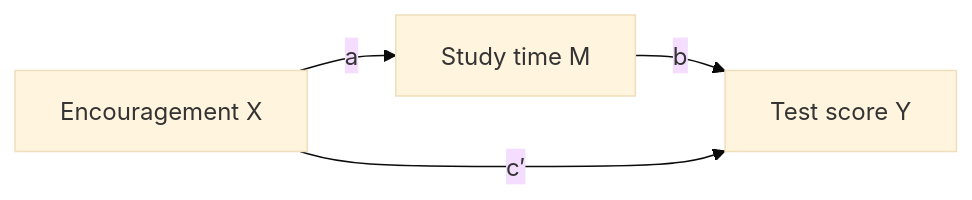
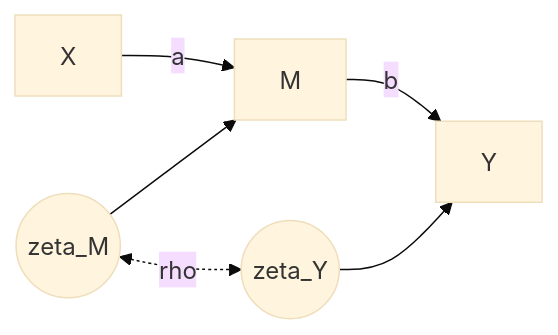
Before and after one commit to daob/stads-book: the diagram in diagrams/mediation.mmd, drawn with Mermaid (base theme). The commit also changed 2 other files, not shown here.

```diff
--- a/diagrams/mediation.mmd
+++ b/diagrams/mediation.mmd
@@ -1,4 +1,6 @@
 flowchart LR
-  X[Encouragement X] -->|a| M[Study time M]
-  M -->|b| Y[Test score Y]
-  X -->|c′| Y
+  X[X] -->|a| M[M]
+  M -->|b| Y[Y]
+  zM((zeta_M)) --> M
+  zY((zeta_Y)) --> Y
+  zM <-.->|rho| zY
```
